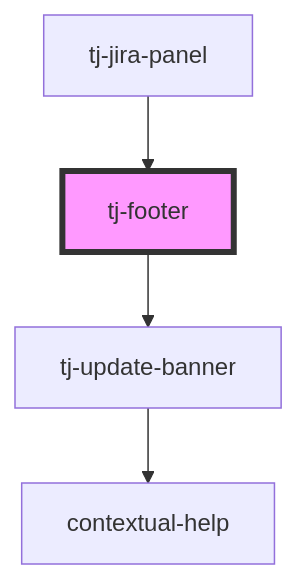
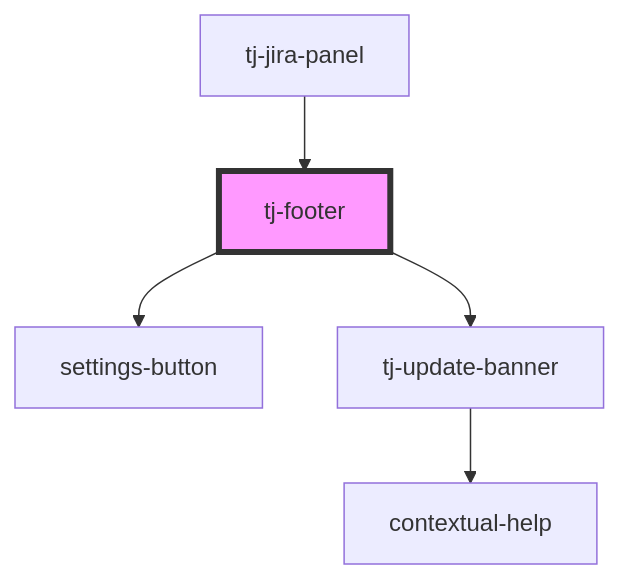
The diagram in src/components/tj-jira-panel/components/footer/readme.md (davids-ensemble/tj-jira-panel), drawn with Mermaid before and after one commit. The commit also changed other lines of this file and 30 other files, not shown here.

````diff
--- a/src/components/tj-jira-panel/components/footer/readme.md
+++ b/src/components/tj-jira-panel/components/footer/readme.md
@@ -40,7 +34,8 @@
 ```mermaid
 graph TD;
+  tj-footer --> settings-button
   tj-footer --> tj-update-banner
   tj-update-banner --> contextual-help
   tj-jira-panel --> tj-footer
   style tj-footer fill:#f9f,stroke:#333,stroke-width:4px
 ```
````
